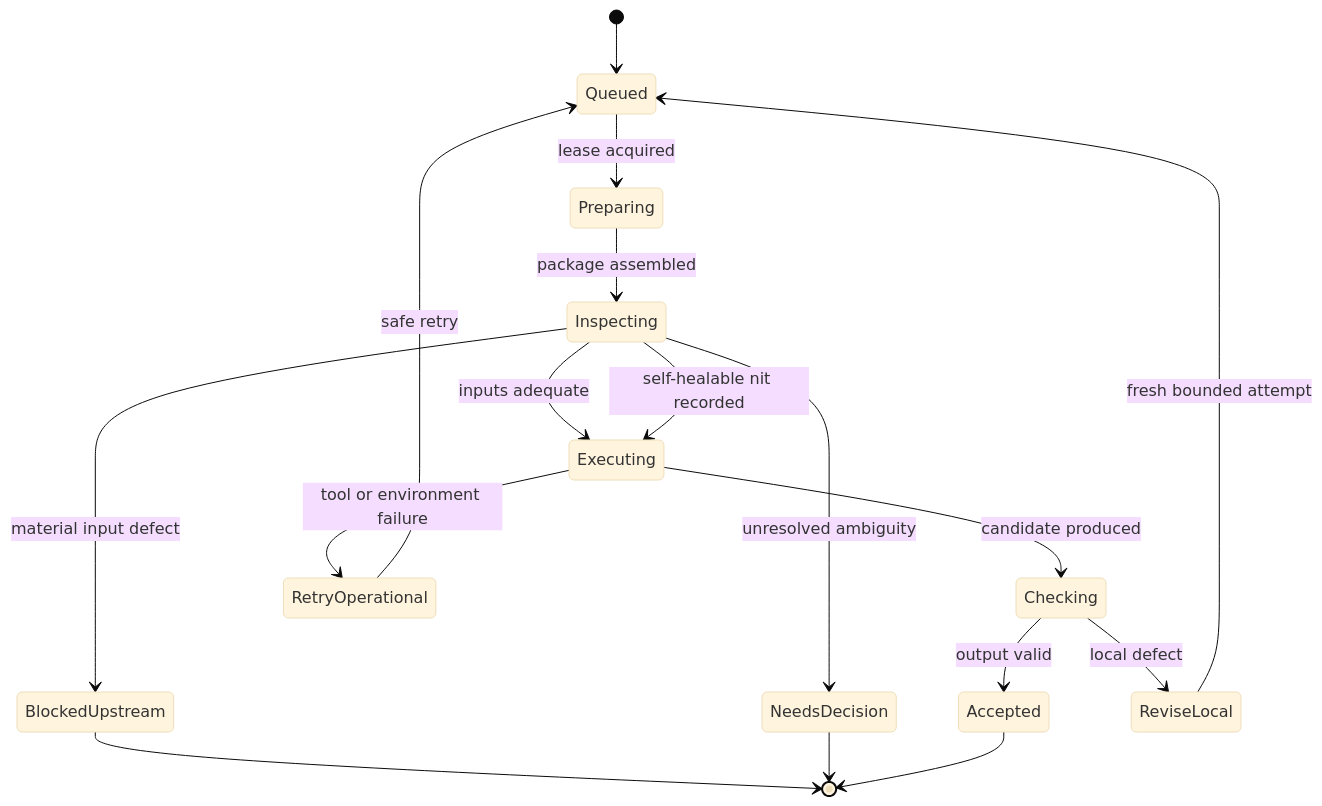
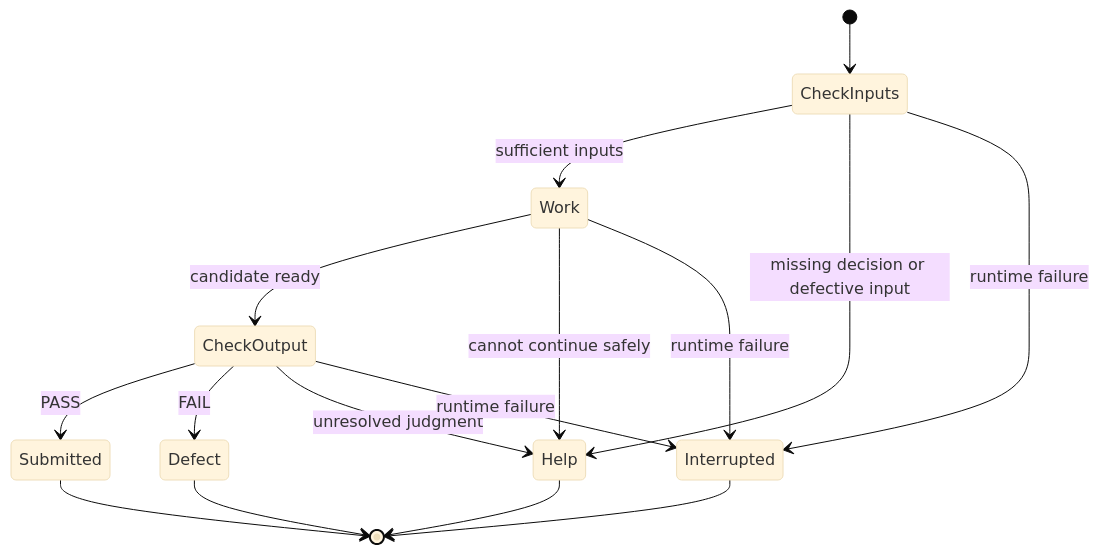
One commit to nedschorus/nedschorus changed the second of 2 diagrams in docs/cross-project/nedschorus-ai-native-software-development.md. Above: the diagram before and after it, drawn with Mermaid (base theme). The commit also changed other lines of this file, not shown here.

Commit message:
docs: simplify AI-native architecture with PR260 and PR261 findings

````diff
--- a/docs/cross-project/nedschorus-ai-native-software-development.md
+++ b/docs/cross-project/nedschorus-ai-native-software-development.md
@@ -177,19 +105,18 @@
 ```mermaid
 stateDiagram-v2
-    [*] --> Queued
-    Queued --> Preparing: lease acquired
-    Preparing --> Inspecting: package assembled
-    Inspecting --> Executing: inputs adequate
-    Inspecting --> Executing: self-healable nit recorded
-    Inspecting --> BlockedUpstream: material input defect
-    Inspecting --> NeedsDecision: unresolved ambiguity
-    Executing --> Checking: candidate produced
-    Executing --> RetryOperational: tool or environment failure
-    Checking --> Accepted: output valid
-    Checking --> ReviseLocal: local defect
-    ReviseLocal --> Queued: fresh bounded attempt
-    RetryOperational --> Queued: safe retry
-    BlockedUpstream --> [*]
-    NeedsDecision --> [*]
-    Accepted --> [*]
+    [*] --> CheckInputs
+    CheckInputs --> Work: sufficient inputs
+    CheckInputs --> Help: missing decision or defective input
+    Work --> CheckOutput: candidate ready
+    Work --> Help: cannot continue safely
+    CheckOutput --> Submitted: PASS
+    CheckOutput --> Defect: FAIL
+    CheckOutput --> Help: unresolved judgment
+    CheckInputs --> Interrupted: runtime failure
+    Work --> Interrupted: runtime failure
+    CheckOutput --> Interrupted: runtime failure
+    Submitted --> [*]
+    Defect --> [*]
+    Help --> [*]
+    Interrupted --> [*]
 ```
````
